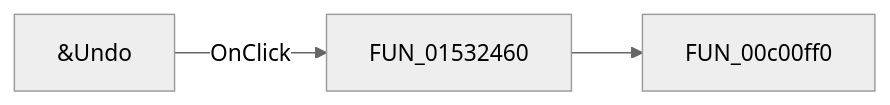
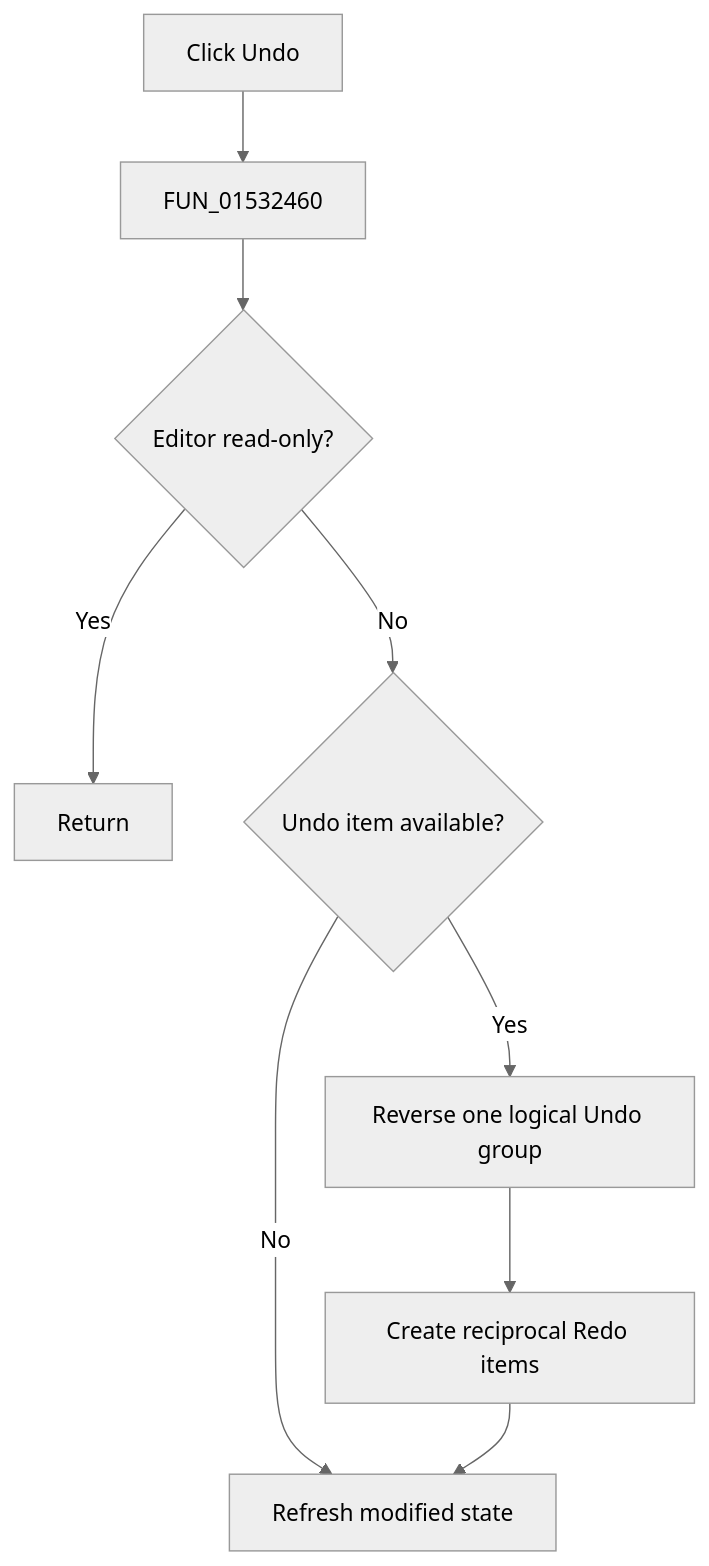
One commit to MovGP0/TIARA changed the diagram in docs/ui-controls/netlisteditor/miundo-ab60913404.md. Above: the diagram before and after it, drawn with Mermaid (neutral theme). The commit also changed other lines of this file and 1062 other files, not shown here.

````diff
--- a/docs/ui-controls/netlisteditor/miundo-ab60913404.md
+++ b/docs/ui-controls/netlisteditor/miundo-ab60913404.md
@@ -27,5 +29,11 @@
 ```mermaid
-flowchart LR
-    control["&Undo"] -->|OnClick| handler["FUN_01532460"]
-    handler --> call1["FUN_00c00ff0"]
+flowchart TD
+    control["Click Undo"] --> handler["FUN_01532460"]
+    handler --> readonly{"Editor read-only?"}
+    readonly -->|Yes| noop["Return"]
+    readonly -->|No| stack{"Undo item available?"}
+    stack -->|No| refresh["Refresh modified state"]
+    stack -->|Yes| group["Reverse one logical Undo group"]
+    group --> redo["Create reciprocal Redo items"]
+    redo --> refresh
 ```
````
